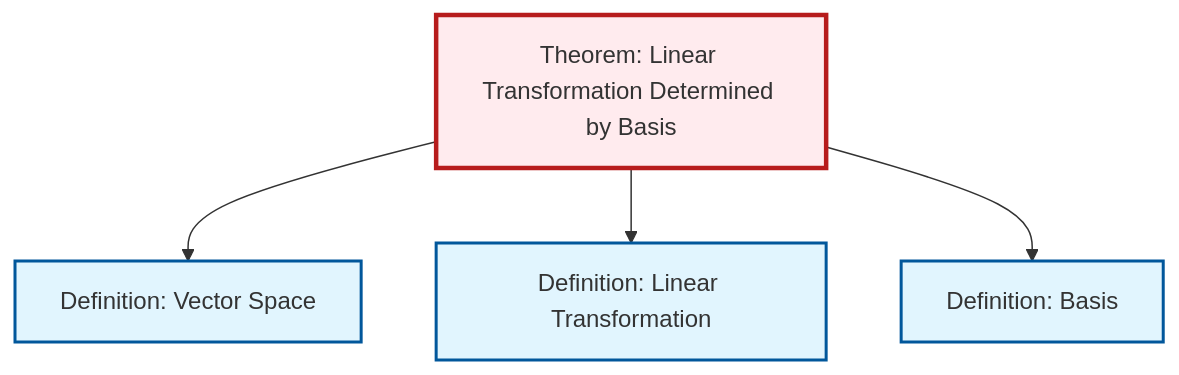
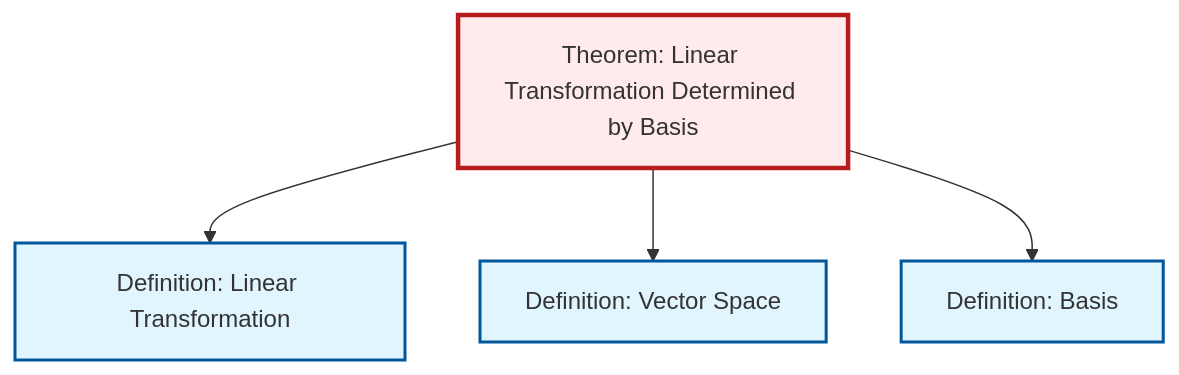
One commit to RK0429/ModernMath changed the diagram in content/en/algebra/thm-linear-transformation-basis.qmd. Above: the diagram before and after it, drawn with Mermaid. The commit also changed other lines of this file and 491 other files, not shown here.

````diff
--- a/content/en/algebra/thm-linear-transformation-basis.qmd
+++ b/content/en/algebra/thm-linear-transformation-basis.qmd
@@ -47,20 +47,20 @@
 ```{mermaid}
 %%| fig-cap: "Local dependency graph"
 graph TD
     classDef definition fill:#e1f5fe,stroke:#01579b,stroke-width:2px
     classDef theorem fill:#f3e5f5,stroke:#4a148c,stroke-width:2px
     classDef axiom fill:#fff3e0,stroke:#e65100,stroke-width:2px
     classDef example fill:#e8f5e9,stroke:#1b5e20,stroke-width:2px
     classDef current fill:#ffebee,stroke:#b71c1c,stroke-width:3px
+    thm-linear-transformation-basis["Theorem: Linear Transformation Determined by Basis"]:::theorem
     def-linear-transformation["Definition: Linear Transformation"]:::definition
+    def-vector-space["Definition: Vector Space"]:::definition
     def-basis["Definition: Basis"]:::definition
-    def-vector-space["Definition: Vector Space"]:::definition
-    thm-linear-transformation-basis["Theorem: Linear Transformation Determined by Basis"]:::theorem
+    thm-linear-transformation-basis --> def-linear-transformation
     thm-linear-transformation-basis --> def-vector-space
-    thm-linear-transformation-basis --> def-linear-transformation
     thm-linear-transformation-basis --> def-basis
     class thm-linear-transformation-basis current
     click def-linear-transformation "def-linear-transformation.html" "Go to Linear Transformation definition"
+    click def-vector-space "def-vector-space.html" "Go to Vector Space definition"
     click def-basis "def-basis.html" "Go to Basis definition"
-    click def-vector-space "def-vector-space.html" "Go to Vector Space definition"
 ```
````
